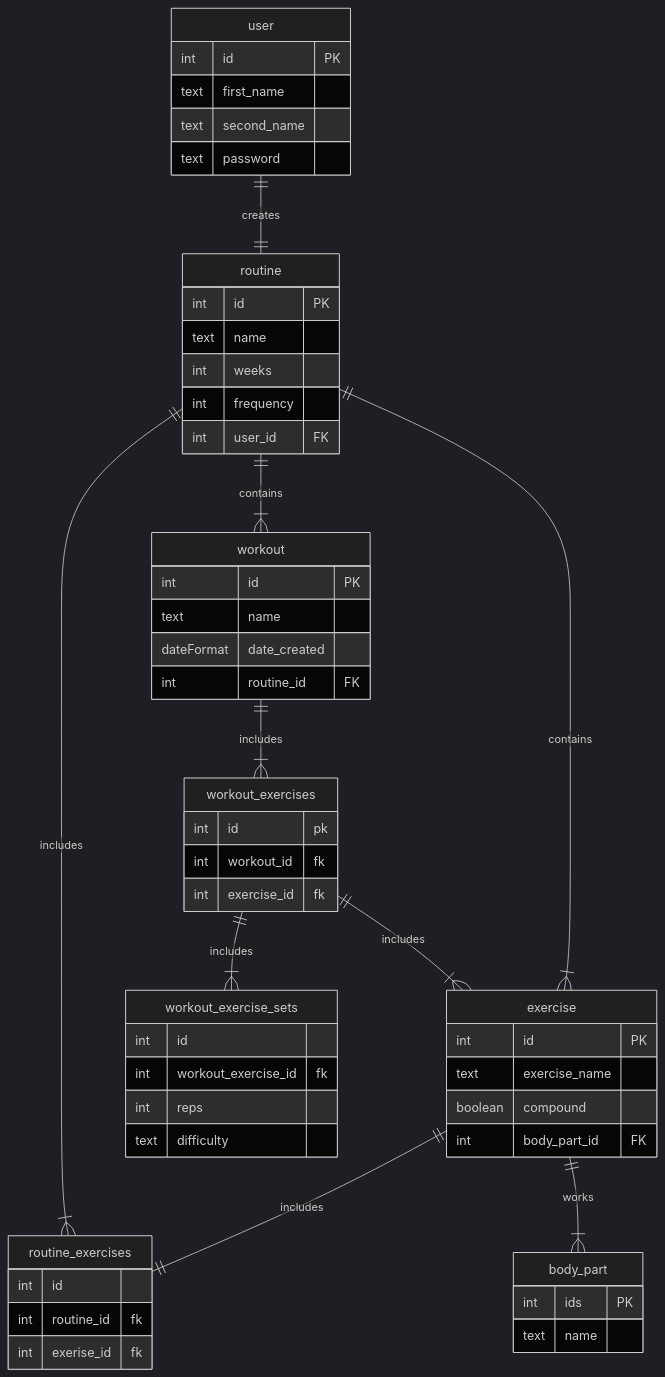
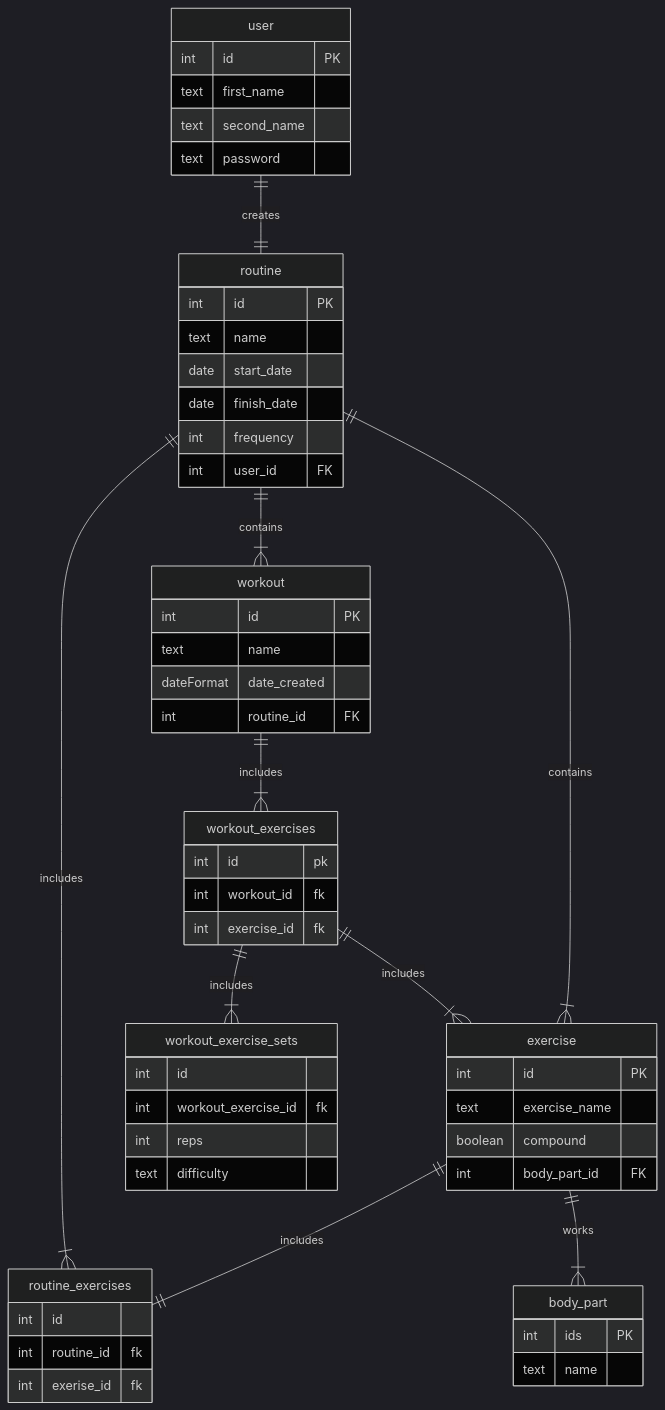
One commit to ATaylorUno/SdetCoE changed the second of 2 diagrams in README.md. Above: the diagram before and after it, drawn with Mermaid. The commit also changed other lines of this file and 61 other files, not shown here.

````diff
--- a/README.md
+++ b/README.md
@@ -48,68 +48,69 @@
 ```mermaid
 %%{init: {'theme':'dark'}}%%
 erDiagram
     user ||--|| routine : creates
     user {
         int id PK
         text first_name
         text second_name
         text password
     }
     routine ||--|{ workout : contains
     routine ||--|{ exercise : contains
     routine {
         int id PK
         text name
-        int weeks
+        date start_date
+        date finish_date
         int frequency
         int user_id FK
 
     }
     workout ||--|{ workout_exercises : includes
     workout {
         int id PK
         text name
         dateFormat date_created
         int routine_id FK
 
     }
     workout_exercises ||--|{ exercise : includes
     workout_exercises ||--|{ workout_exercise_sets : includes
     workout_exercises{
         int id pk
         int workout_id fk
         int exercise_id fk
     }
 
     exercise ||--|| routine_exercises: includes
     exercise ||--|{ body_part: works
     exercise {
         int id PK
         text exercise_name
         boolean compound
         int body_part_id FK
 
     }
     routine ||--|{ routine_exercises: includes
     routine_exercises {
         int id
         int routine_id fk
         int exerise_id fk
     }
 
      body_part {
         int ids PK
         text name
     }
 
 
      workout_exercise_sets {
         int id
         int workout_exercise_id fk
         int reps
         text difficulty
     }
 
 
 
 ```
````
